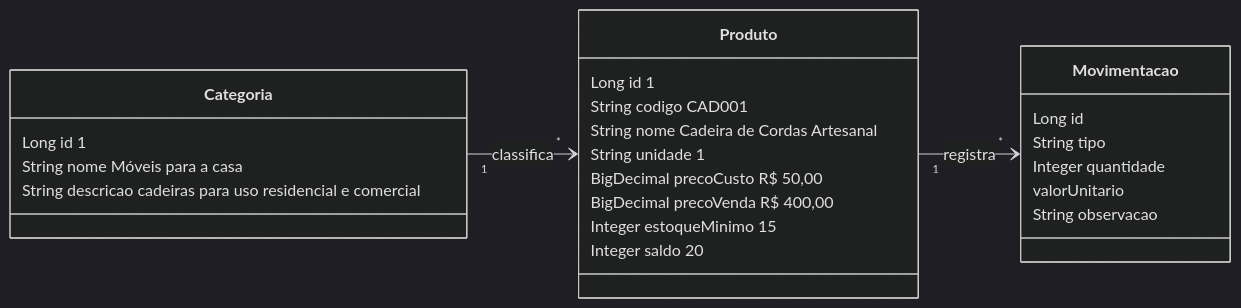
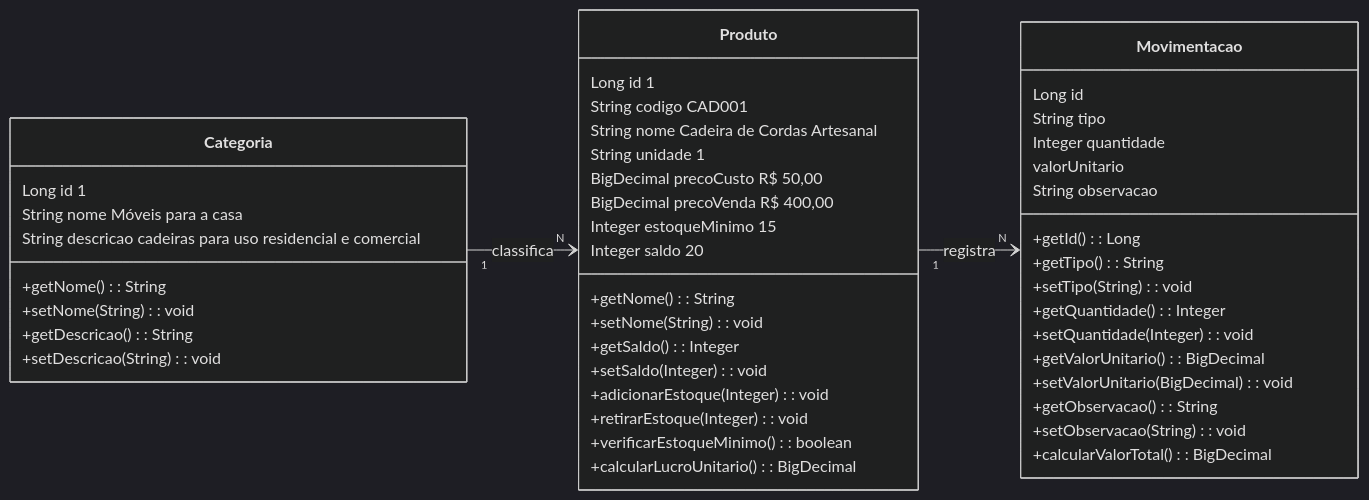
One commit to gabrieldevseniorm/PROJETO-FINAL-ESTOQUE changed the diagram in README.md. Above: the diagram before and after it, drawn with Mermaid (dark theme). The commit also changed other lines of this file and 2 other files, not shown here.

Commit message:
docs: diagrama de classes

````diff
--- a/README.md
+++ b/README.md
@@ -98,28 +148,50 @@
 ```mermaid
 classDiagram
     direction LR
     class Categoria {
         Long id 1
         String nome Móveis para a casa
         String descricao cadeiras para uso residencial e comercial
+    +getNome() : String
+    +setNome(String) : void
+    +getDescricao() : String
+    +setDescricao(String) : void    
     }
     class Produto {
         Long id 1
         String codigo CAD001
         String nome Cadeira de Cordas Artesanal
         String unidade 1
         BigDecimal precoCusto R$ 50,00
         BigDecimal precoVenda R$ 400,00
         Integer estoqueMinimo 15
         Integer saldo 20
+    +getNome() : String
+    +setNome(String) : void
+    +getSaldo() : Integer
+    +setSaldo(Integer) : void
+    +adicionarEstoque(Integer) : void
+    +retirarEstoque(Integer) : void
+    +verificarEstoqueMinimo() : boolean
+    +calcularLucroUnitario() : BigDecimal
     }
     class Movimentacao {
         Long id
         String tipo
         Integer quantidade
         valorUnitario
         String observacao
+    +getId() : Long
+    +getTipo() : String
+    +setTipo(String) : void
+    +getQuantidade() : Integer
+    +setQuantidade(Integer) : void
+    +getValorUnitario() : BigDecimal
+    +setValorUnitario(BigDecimal) : void
+    +getObservacao() : String
+    +setObservacao(String) : void
+    +calcularValorTotal() : BigDecimal
     }
-    Categoria "1" --> "*" Produto : classifica
-    Produto "1" --> "*" Movimentacao : registra
+    Categoria "1" --> "N" Produto : classifica
+    Produto "1" --> "N" Movimentacao : registra
 ```
````
